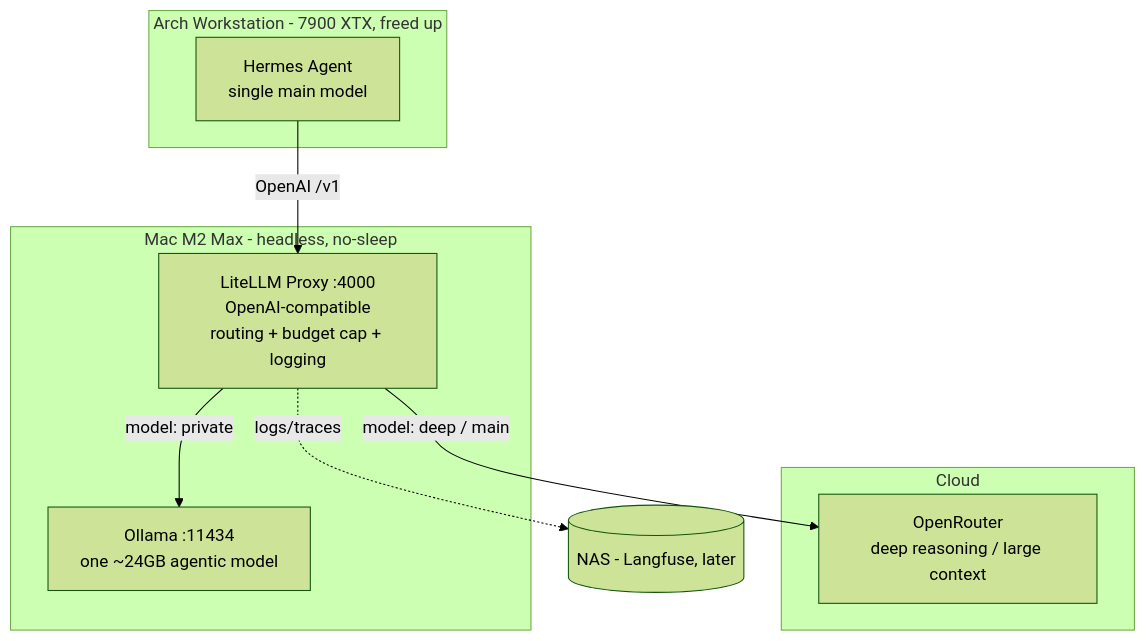
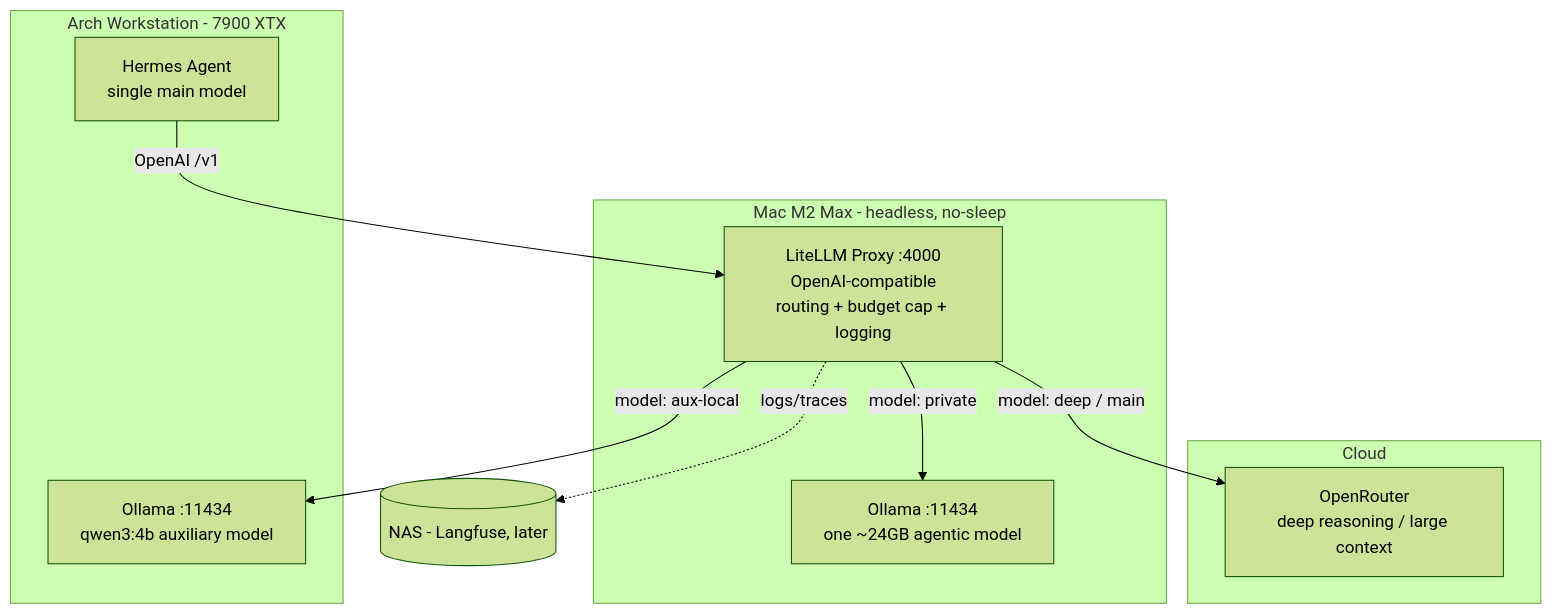
The diagram in README.md (DerTechie/AISetup), drawn with Mermaid (forest theme) before and after one commit. The commit also changed other lines of this file and 2 other files, not shown here.

Commit message:
feat(routing): run Hermes aux locally on the Arch 7900XTX
Add an `aux-local` LiteLLM model -> local qwen3:4b-instruct-2507 on the
Arch GPU (zero-cost, keep_alive 10m). Repoint Hermes' hot-path/light aux
tasks (title_generation, compression, profile_describer, triage_specifier)
to aux-local and the weekly curator to the Mac `private` 27B (timeout
600->1800s). All still routed through the gateway for observability.
Update README diagram/table and runbook.

Note: Hermes config lives outside the repo (~/.hermes/config.yaml);
edited on the workstation, backed up to config.yaml.bak-aux-2026-05-21.

````diff
--- a/README.md
+++ b/README.md
@@ -13,19 +13,21 @@
 ```mermaid
 graph TD
-    subgraph Arch[Arch Workstation - 7900 XTX, freed up]
+    subgraph Arch[Arch Workstation - 7900 XTX]
         H[Hermes Agent<br/>single main model]
+        OA[Ollama :11434<br/>qwen3:4b auxiliary model]
     end
     subgraph Mac[Mac M2 Max - headless, no-sleep]
         L[LiteLLM Proxy :4000<br/>OpenAI-compatible<br/>routing + budget cap + logging]
         O[Ollama :11434<br/>one ~24GB agentic model]
         L -->|model: private| O
     end
     subgraph Cloud[Cloud]
         OR[OpenRouter<br/>deep reasoning / large context]
     end
     NAS[(NAS - Langfuse, later)]
 
     H -->|OpenAI /v1| L
+    L -->|model: aux-local| OA
     L -->|model: deep / main| OR
     L -. logs/traces .-> NAS
 ```
````
